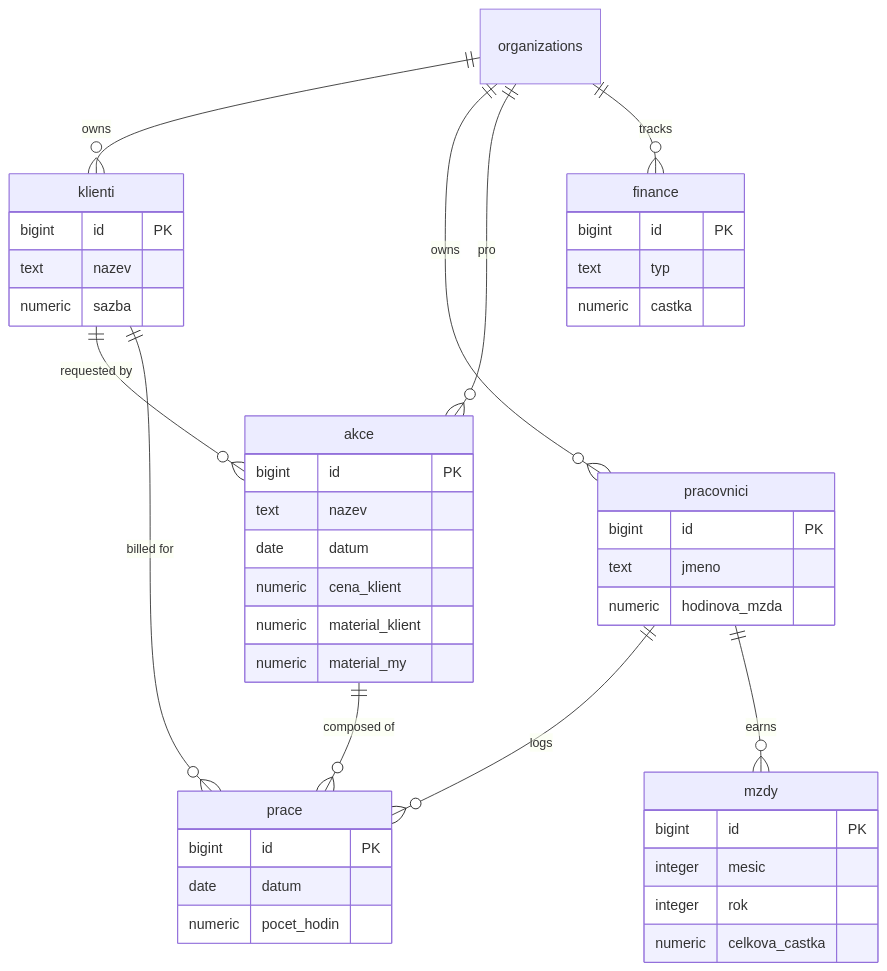
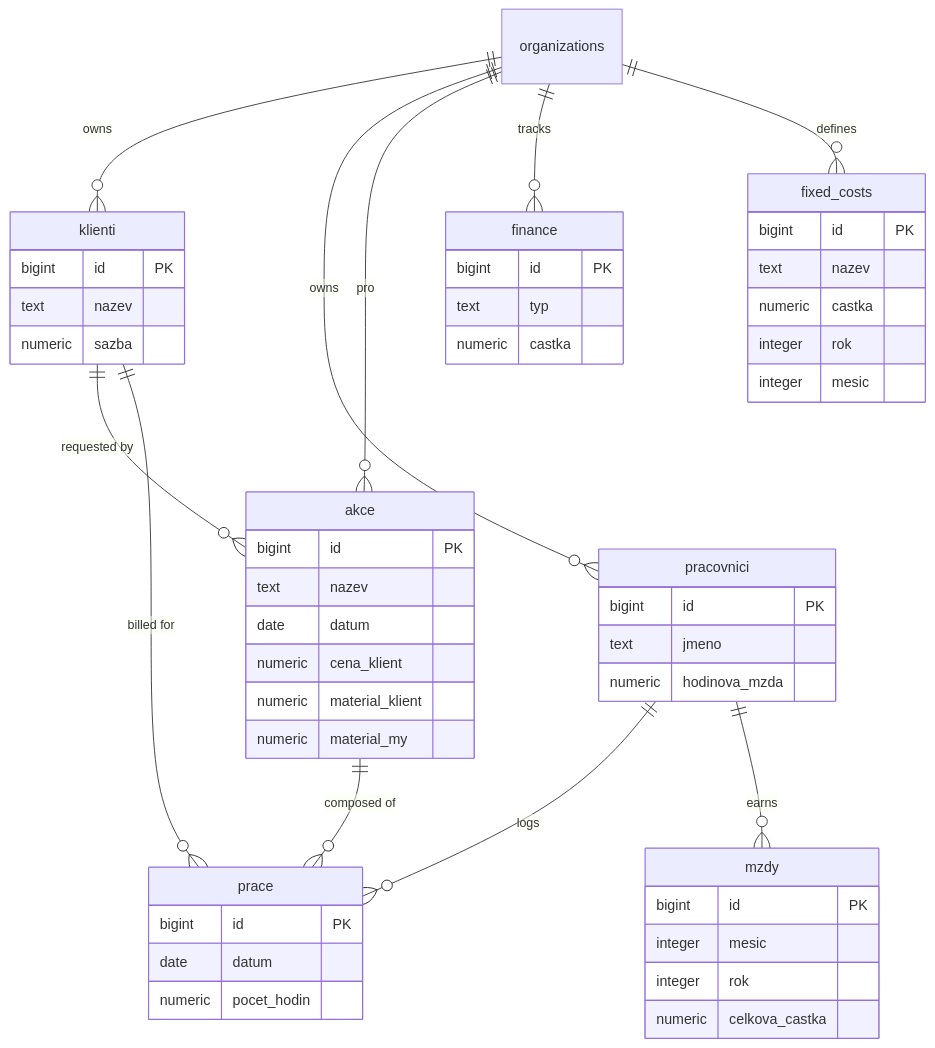
One commit to VolPark/Sebit-App changed the diagram in README.md. Above: the diagram before and after it, drawn with Mermaid. The commit also changed 1 other file, not shown here.

Commit message:
doplnění readme

````diff
--- a/README.md
+++ b/README.md
@@ -62,55 +62,64 @@
 ```mermaid
 erDiagram
     organizations ||--o{ klienti : owns
     organizations ||--o{ pracovnici : owns
     organizations ||--o{ akce : pro
     organizations ||--o{ finance : tracks
+    organizations ||--o{ fixed_costs : defines
 
     klienti ||--o{ akce : "requested by"
     klienti ||--o{ prace : "billed for"
     
     pracovnici ||--o{ prace : "logs"
     pracovnici ||--o{ mzdy : "earns"
 
     akce ||--o{ prace : "composed of"
     
     klienti {
         bigint id PK
         text nazev
         numeric sazba
     }
 
     pracovnici {
         bigint id PK
         text jmeno
         numeric hodinova_mzda
     }
 
     akce {
         bigint id PK
         text nazev
         date datum
         numeric cena_klient
         numeric material_klient
         numeric material_my
     }
 
     prace {
         bigint id PK
         date datum
         numeric pocet_hodin
     }
 
     mzdy {
         bigint id PK
         integer mesic
         integer rok
         numeric celkova_castka
     }
 
     finance {
         bigint id PK
         text typ
         numeric castka
     }
+
+    fixed_costs {
+        bigint id PK
+        text nazev
+        numeric castka
+        integer rok
+        integer mesic
+    }
 ```
````
